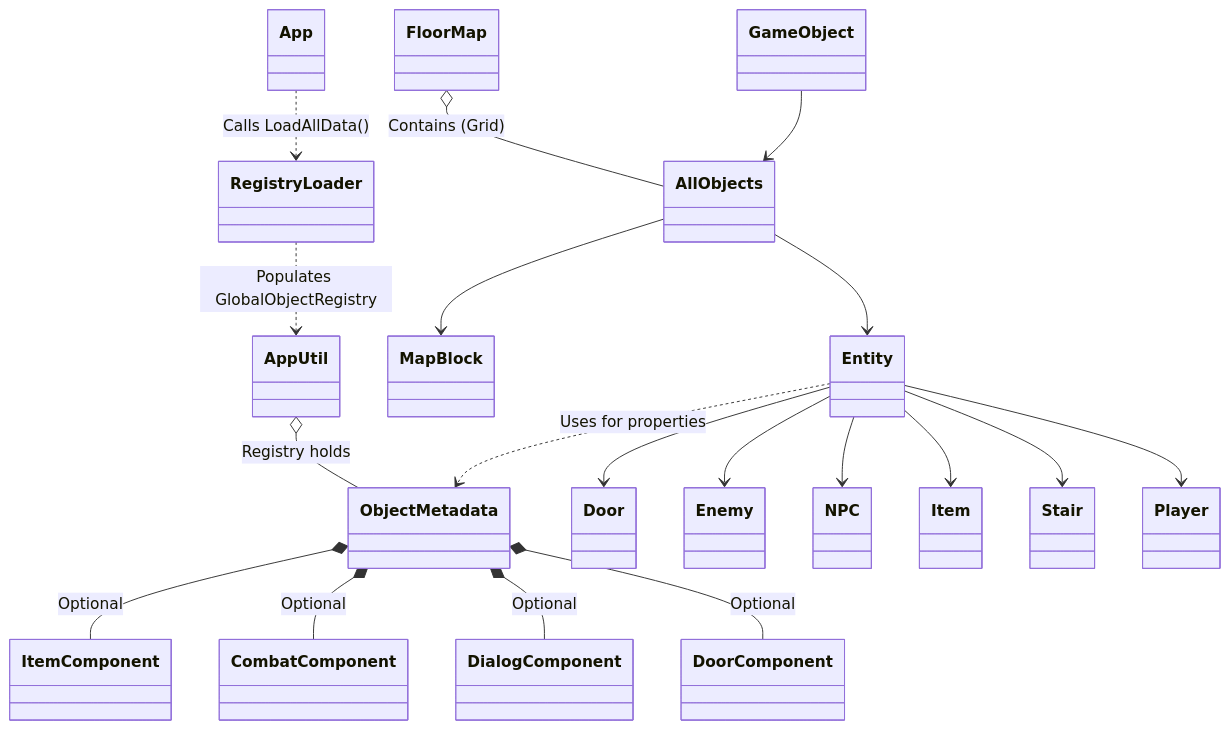
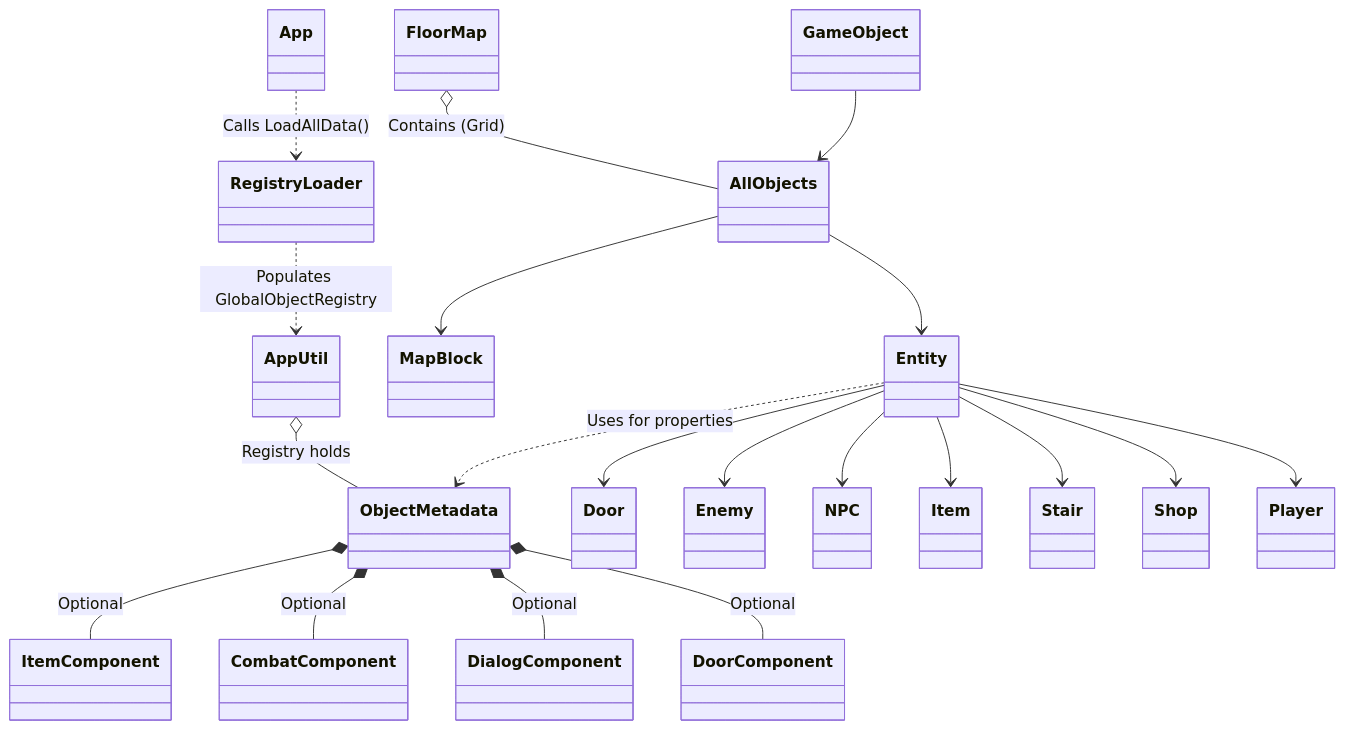
Before and after one commit to XWJWPIY/schoolwork_recreate_magic_tower: the first of 2 diagrams in Constructure.md, drawn with Mermaid. The commit also changed other lines of this file and 6 other files, not shown here.

Commit message:
Refactor: Encapsulate shop logic into Shop entity and decouple App.cpp

````diff
--- a/Constructure.md
+++ b/Constructure.md
@@ -3,31 +3,32 @@
 ```mermaid
 classDiagram
     %% 核心架構與組合關係
     App ..> RegistryLoader : Calls LoadAllData()
     RegistryLoader ..> AppUtil : Populates GlobalObjectRegistry
     
     FloorMap o-- AllObjects : Contains (Grid)
 
     %% 元數據與組件 (Component-based Design)
     ObjectMetadata *-- ItemComponent : Optional
     ObjectMetadata *-- CombatComponent : Optional
     ObjectMetadata *-- DialogComponent : Optional
     ObjectMetadata *-- DoorComponent : Optional
     
     AppUtil o-- ObjectMetadata : Registry holds
     
     %% 繼承關係
     GameObject --> AllObjects
     AllObjects --> MapBlock
     AllObjects --> Entity
     
     Entity --> Door
     Entity --> Enemy
     Entity --> NPC
     Entity --> Item
     Entity --> Stair
+    Entity --> Shop
     Entity --> Player
     
     %% 重點依賴
     Entity ..> ObjectMetadata : Uses for properties
 ```
````
